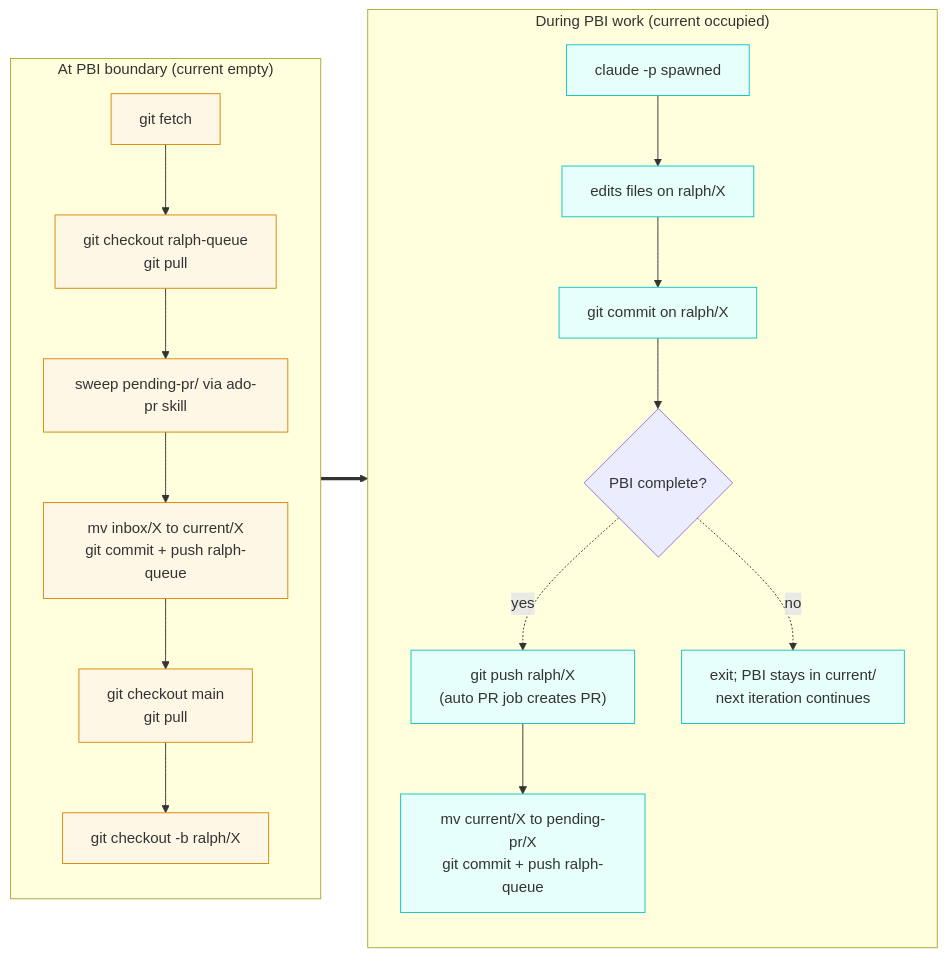
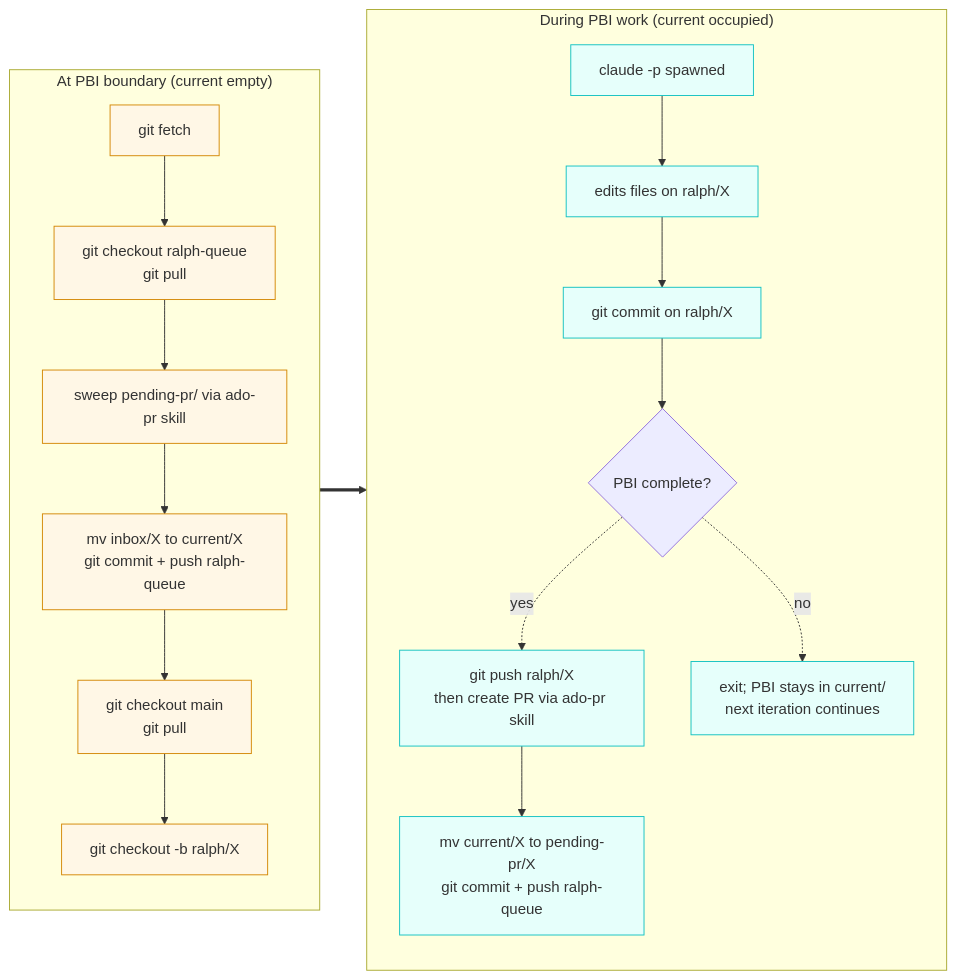
One commit to emp3thy/ralph changed the third of 5 diagrams in docs/superpowers/specs/2026-05-23-ralph-v1-per-repo-loop-design.md. Above: the diagram before and after it, drawn with Mermaid. The commit also changed other lines of this file, not shown here.

First line of the commit message:
Reframe INVESTIGATE.md + auto PR job + git pull timing + memory asymmetry

````diff
--- a/docs/superpowers/specs/2026-05-23-ralph-v1-per-repo-loop-design.md
+++ b/docs/superpowers/specs/2026-05-23-ralph-v1-per-repo-loop-design.md
@@ -162,34 +165,34 @@
 ```mermaid
 flowchart LR
   subgraph Boundary["At PBI boundary (current empty)"]
     direction TB
     B1["git fetch"]
     B2["git checkout ralph-queue<br/>git pull"]
     B3["sweep pending-pr/ via ado-pr skill"]
     B4["mv inbox/X to current/X<br/>git commit + push ralph-queue"]
     B5["git checkout main<br/>git pull"]
     B6["git checkout -b ralph/X"]
     B1 --> B2 --> B3 --> B4 --> B5 --> B6
   end
 
   subgraph PBIWork["During PBI work (current occupied)"]
     direction TB
     P1["claude -p spawned"]
     P2["edits files on ralph/X"]
     P3["git commit on ralph/X"]
     P4{"PBI complete?"}
-    P5["git push ralph/X<br/>(auto PR job creates PR)"]
+    P5["git push ralph/X<br/>then create PR via ado-pr skill"]
     P6["mv current/X to pending-pr/X<br/>git commit + push ralph-queue"]
     P7["exit; PBI stays in current/<br/>next iteration continues"]
     P1 --> P2 --> P3 --> P4
     P4 -. yes .-> P5 --> P6
     P4 -. no .-> P7
   end
 
   B6 ==> P1
 
   classDef boundary fill:#fff7e6,stroke:#d48806,color:#333
   classDef work fill:#e6fffb,stroke:#13c2c2,color:#333
   class B1,B2,B3,B4,B5,B6 boundary
   class P1,P2,P3,P5,P6,P7 work
 ```
````
